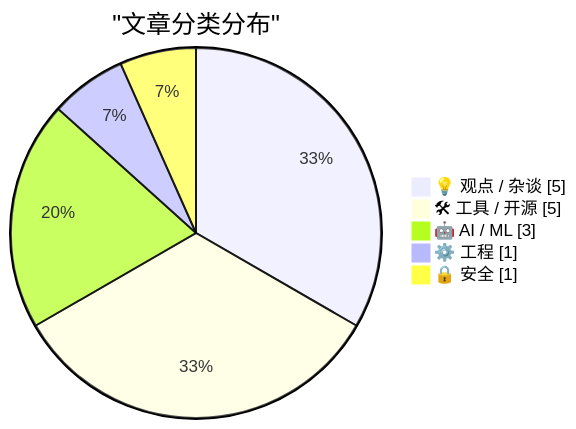
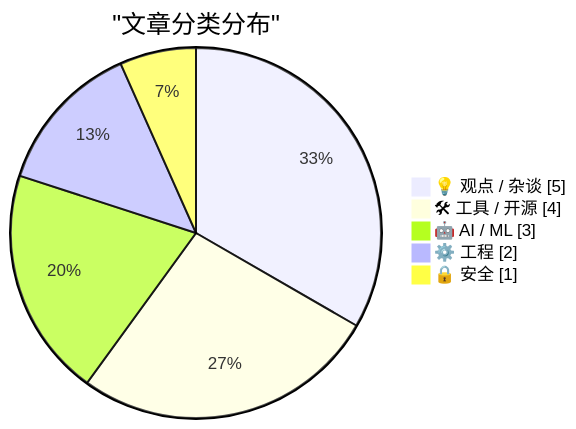
The first of 2 diagrams in reports/digest-20260216.md (CoderDoubleflower/ai-daily-digest), drawn with Mermaid before and after one commit. The commit also changed other lines of this file, not shown here.

````diff
--- a/reports/digest-20260216.md
+++ b/reports/digest-20260216.md
@@ -53,9 +53,9 @@
 ```mermaid
 pie showData
     title "文章分类分布"
     "💡 观点 / 杂谈" : 5
-    "🛠 工具 / 开源" : 5
+    "🛠 工具 / 开源" : 4
     "🤖 AI / ML" : 3
-    "⚙️ 工程" : 1
+    "⚙️ 工程" : 2
     "🔒 安全" : 1
 ```
````
